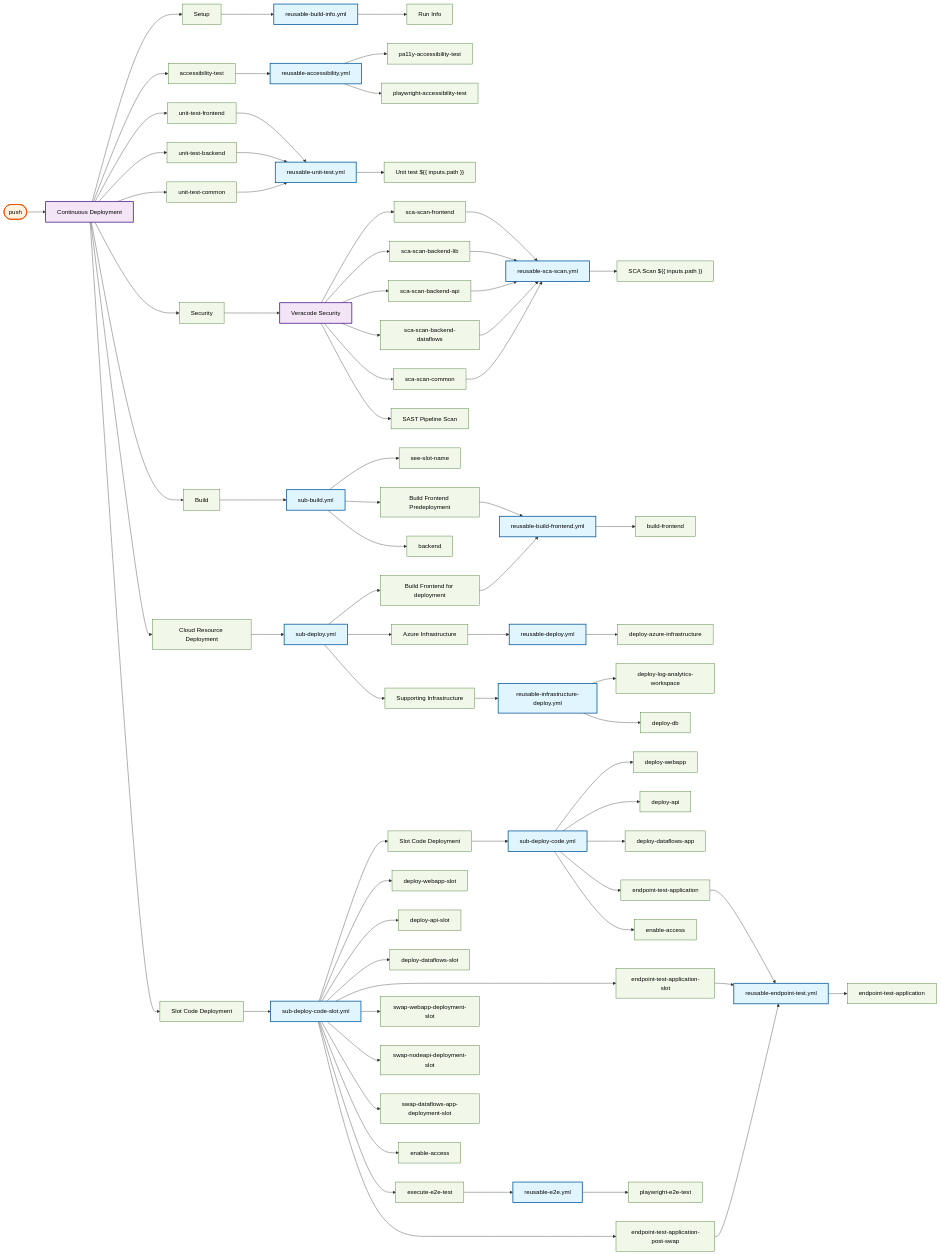
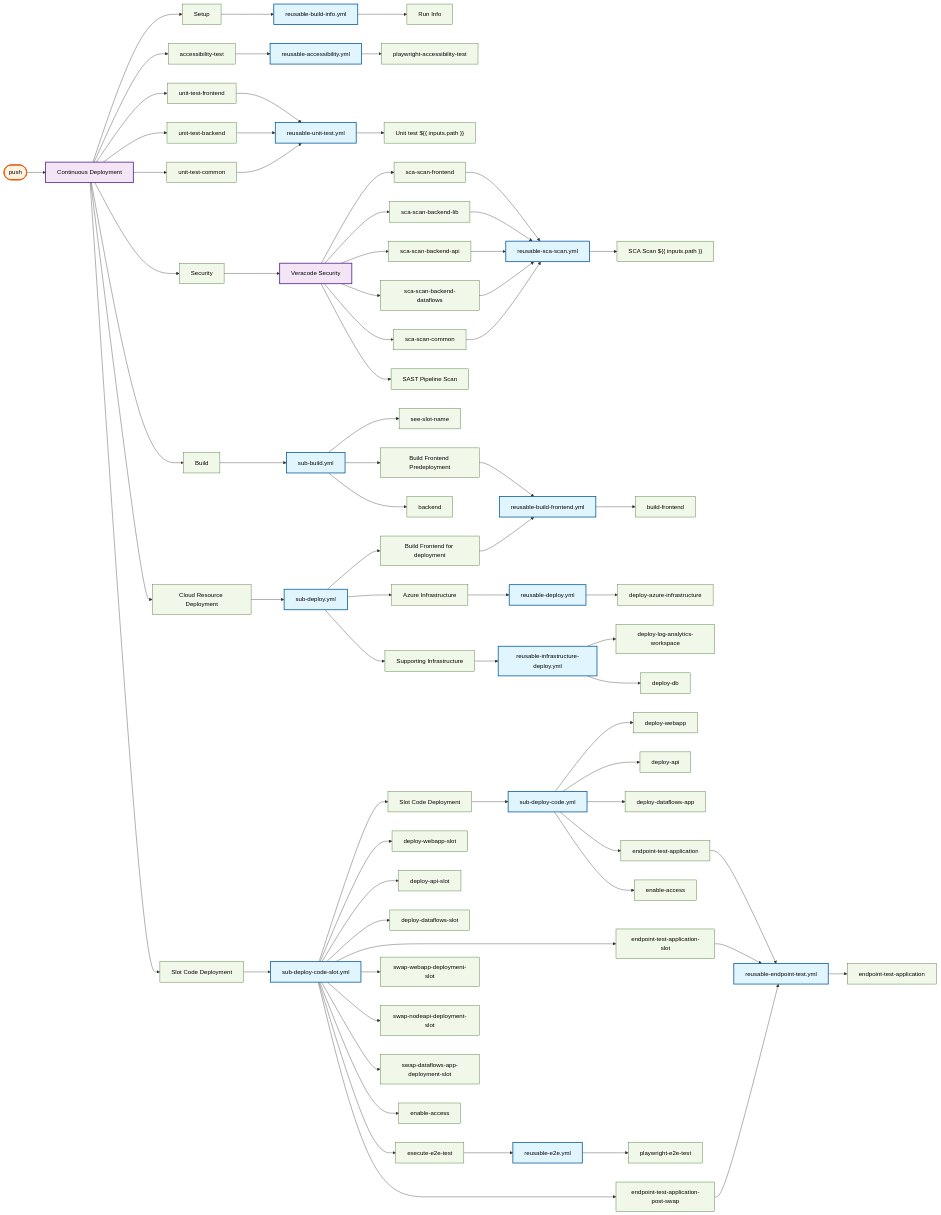
One commit to US-Trustee-Program/Bankruptcy-Oversight-Support-Systems changed the sixth of 22 diagrams in docs/operations/workflow-diagram.md. Above: the diagram before and after it, drawn with Mermaid. The commit also changed other lines of this file and 1 other file, not shown here.

```diff
--- a/docs/operations/workflow-diagram.md
+++ b/docs/operations/workflow-diagram.md
@@ -88,7 +88,6 @@
     reusable_build_info_yml_build_info["Run Info"]
     continuous_deployment_yml_accessibility_test["accessibility-test"]
     reusable_accessibility_yml["reusable-accessibility.yml"]
-    reusable_accessibility_yml_pa11y_accessibility_test["pa11y-accessibility-test"]
     reusable_accessibility_yml_playwright_accessibility_test["playwright-accessibility-test"]
     continuous_deployment_yml_unit_test_frontend["unit-test-frontend"]
     reusable_unit_test_yml["reusable-unit-test.yml"]
@@ -151,7 +150,6 @@
     reusable_build_info_yml --> reusable_build_info_yml_build_info
     continuous_deployment_yml_setup --> reusable_build_info_yml
     continuous_deployment_yml --> continuous_deployment_yml_accessibility_test
-    reusable_accessibility_yml --> reusable_accessibility_yml_pa11y_accessibility_test
     reusable_accessibility_yml --> reusable_accessibility_yml_playwright_accessibility_test
     continuous_deployment_yml_accessibility_test --> reusable_accessibility_yml
     continuous_deployment_yml --> continuous_deployment_yml_unit_test_frontend
@@ -231,7 +229,6 @@
     class reusable_build_info_yml_build_info job
     class continuous_deployment_yml_accessibility_test job
     class reusable_accessibility_yml reusable
-    class reusable_accessibility_yml_pa11y_accessibility_test job
     class reusable_accessibility_yml_playwright_accessibility_test job
     class continuous_deployment_yml_unit_test_frontend job
     class reusable_unit_test_yml reusable
```
